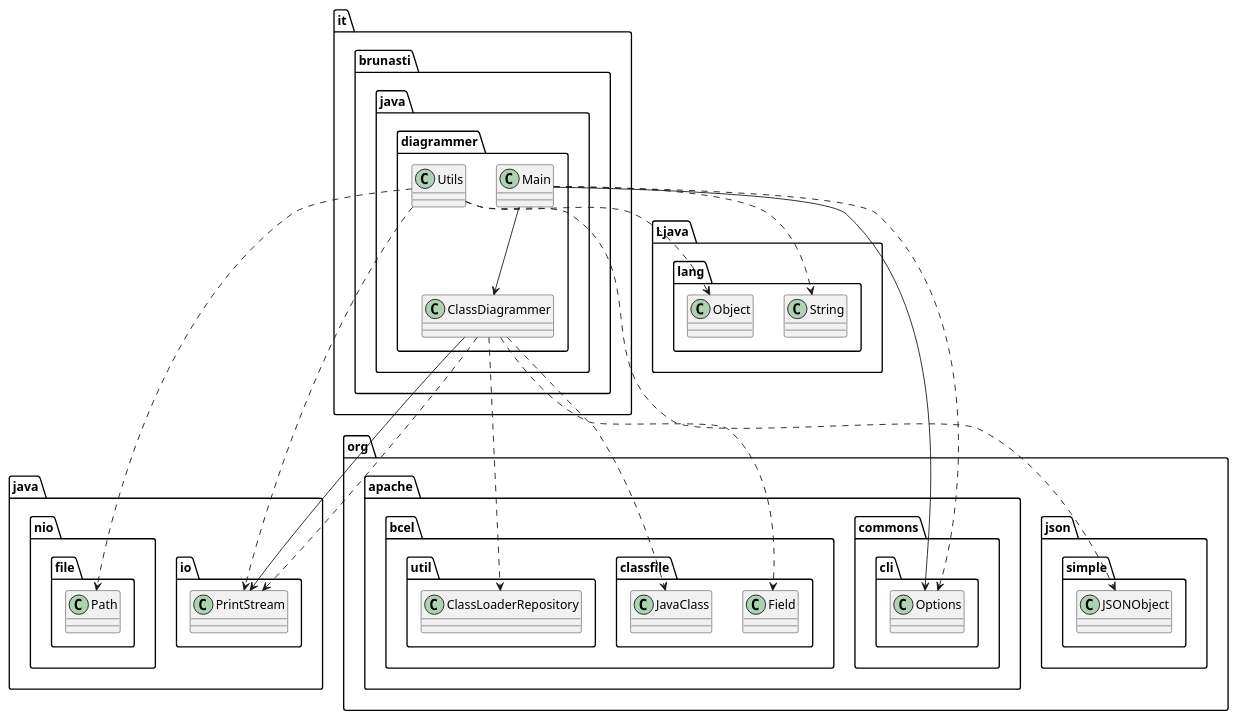
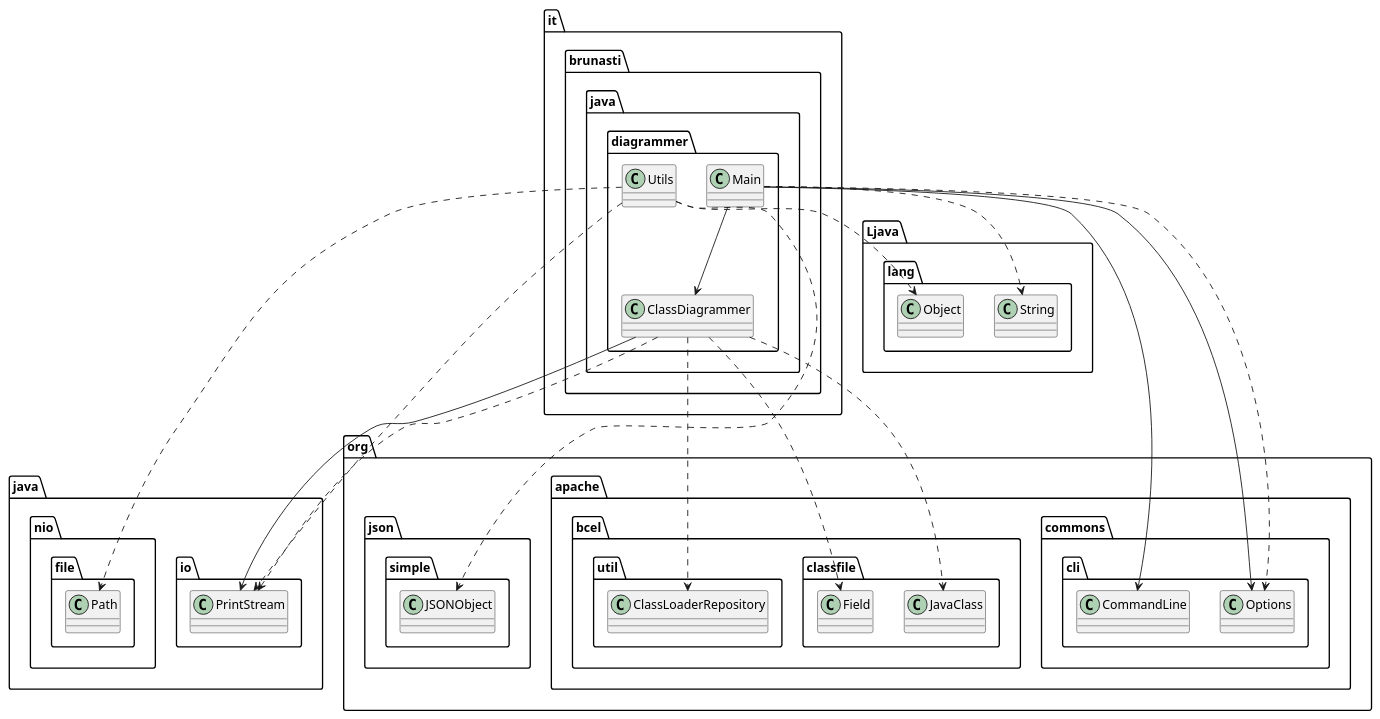
Before and after one commit to brunasti/java-diagrammer: the diagram in temp/output.puml, drawn with PlantUML. The commit also changed 5 other files, not shown here.

```diff
--- a/temp/output.puml
+++ b/temp/output.puml
@@ -1,39 +1,40 @@
 @startuml
 'https://plantuml.com/class-diagram
 
 ' GENERATE CLASS DIAGRAM ===========
 ' Generator     : it.brunasti.java.diagrammer.ClassDiagrammer
 ' Path          : [./target/classes]
 ' Configuration : [./temp/config.json]
-' Generated at  : Tue Mar 19 20:55:10 CET 2024
+' Generated at  : Tue Mar 19 22:07:43 CET 2024
 
 
 
 ' CLASSES =======
 class it.brunasti.java.diagrammer.ClassDiagrammer
 class it.brunasti.java.diagrammer.Utils
 class it.brunasti.java.diagrammer.Main
 
 ' INHERITANCES =======
 
 ' IMPLEMENT INTERFACE =======
 
 ' FIELDS =======
 it.brunasti.java.diagrammer.ClassDiagrammer --> java.io.PrintStream
+it.brunasti.java.diagrammer.Main --> org.apache.commons.cli.CommandLine
 it.brunasti.java.diagrammer.Main --> it.brunasti.java.diagrammer.ClassDiagrammer
 it.brunasti.java.diagrammer.Main --> org.apache.commons.cli.Options
 
 ' USES =======
 it.brunasti.java.diagrammer.ClassDiagrammer ..> java.io.PrintStream
 it.brunasti.java.diagrammer.ClassDiagrammer ..> org.apache.bcel.classfile.JavaClass
 it.brunasti.java.diagrammer.ClassDiagrammer ..> org.apache.bcel.classfile.Field
 it.brunasti.java.diagrammer.ClassDiagrammer ..> org.apache.bcel.util.ClassLoaderRepository
 it.brunasti.java.diagrammer.Utils ..> Ljava.lang.Object
 it.brunasti.java.diagrammer.Utils ..> java.io.PrintStream
 it.brunasti.java.diagrammer.Utils ..> org.json.simple.JSONObject
 it.brunasti.java.diagrammer.Utils ..> java.nio.file.Path
 it.brunasti.java.diagrammer.Main ..> Ljava.lang.String
 it.brunasti.java.diagrammer.Main ..> org.apache.commons.cli.Options
 
 
 @enduml
```
